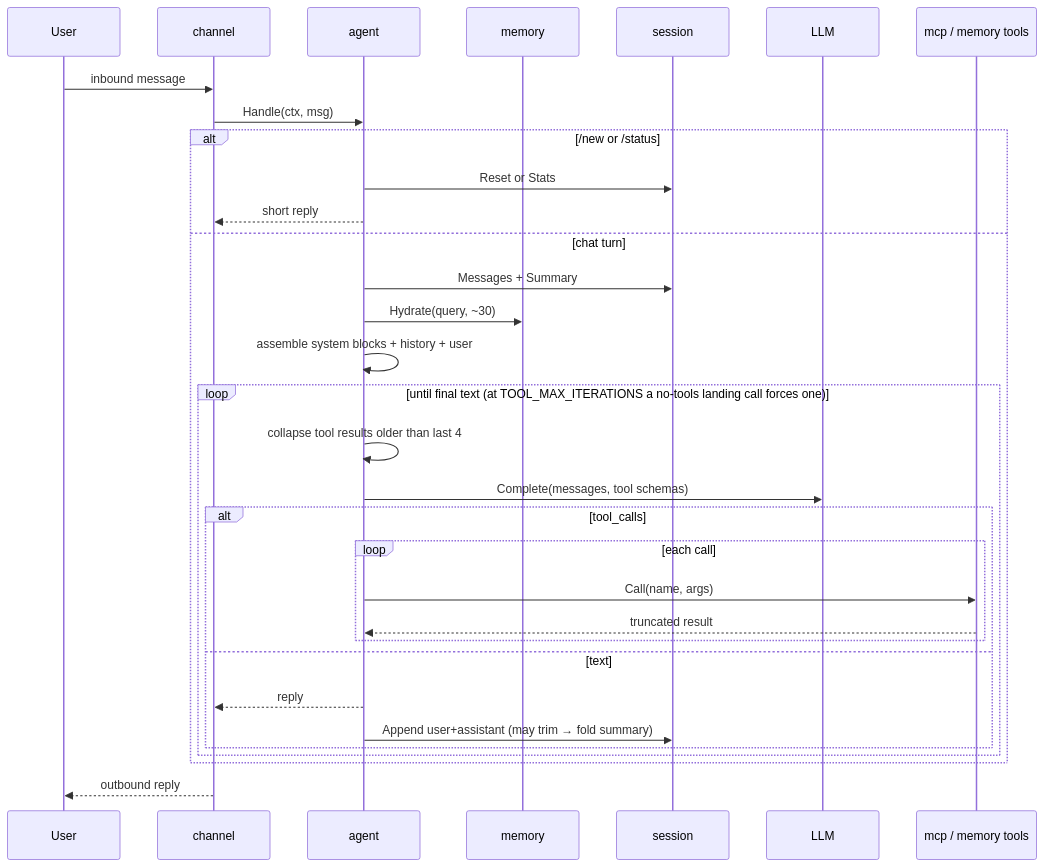
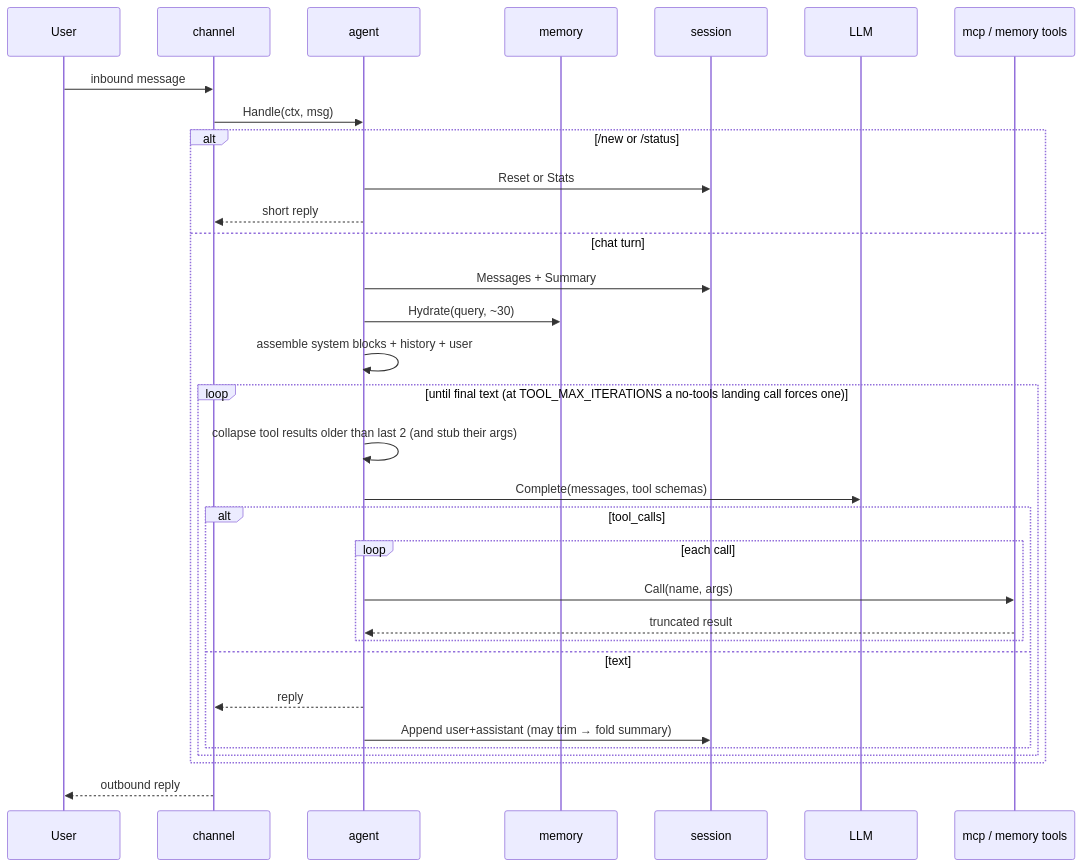
The fourth of 8 diagrams in docs/architecture.md (shotah/ai-gantry), drawn with Mermaid before and after one commit. The commit also changed other lines of this file and 35 other files, not shown here.

````diff
--- a/docs/architecture.md
+++ b/docs/architecture.md
@@ -113,35 +113,35 @@
 ```mermaid
 sequenceDiagram
   participant U as User
   participant Ch as channel
   participant A as agent
   participant M as memory
   participant S as session
   participant L as LLM
   participant T as mcp / memory tools
 
   U->>Ch: inbound message
   Ch->>A: Handle(ctx, msg)
   alt /new or /status
     A->>S: Reset or Stats
     A-->>Ch: short reply
   else chat turn
     A->>S: Messages + Summary
     A->>M: Hydrate(query, ~30)
     A->>A: assemble system blocks + history + user
     loop until final text (at TOOL_MAX_ITERATIONS a no-tools landing call forces one)
-      A->>A: collapse tool results older than last 4
+      A->>A: collapse tool results older than last 2 (and stub their args)
       A->>L: Complete(messages, tool schemas)
       alt tool_calls
         loop each call
           A->>T: Call(name, args)
           T-->>A: truncated result
         end
       else text
         A-->>Ch: reply
         A->>S: Append user+assistant (may trim → fold summary)
       end
     end
   end
   Ch-->>U: outbound reply
 ```
````
